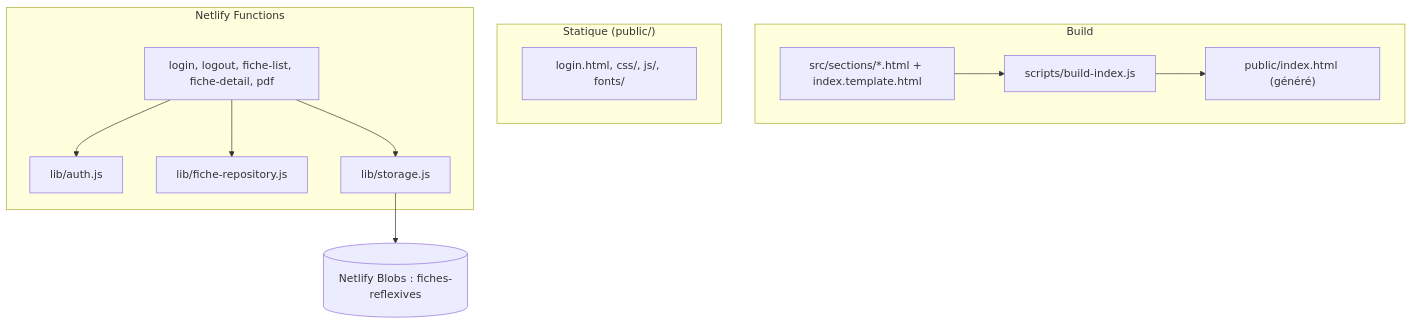
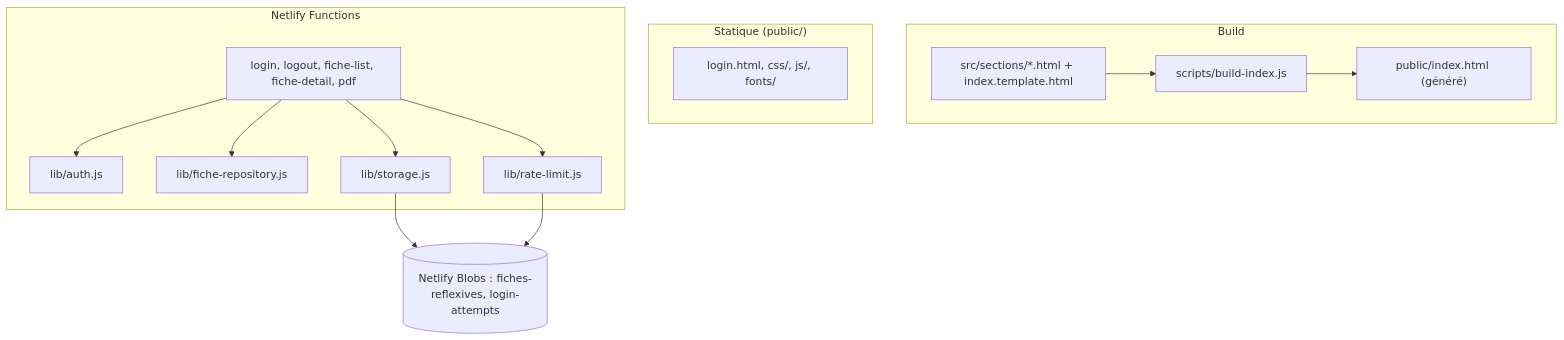
The first of 2 diagrams in docs/TRD.md (Korrighed/portfolio), drawn with Mermaid before and after one commit. The commit also changed other lines of this file and 15 other files, not shown here.

````diff
--- a/docs/TRD.md
+++ b/docs/TRD.md
@@ -24,22 +24,25 @@
 ```mermaid
 flowchart TD
   subgraph Build["Build"]
     S["src/sections/*.html + index.template.html"] --> B["scripts/build-index.js"]
     B --> I["public/index.html (généré)"]
   end
   subgraph Statique["Statique (public/)"]
     I
     L["login.html, css/, js/, fonts/"]
   end
   subgraph Fn["Netlify Functions"]
     H["login, logout, fiche-list, fiche-detail, pdf"]
     A["lib/auth.js"]
     R["lib/fiche-repository.js"]
     ST["lib/storage.js"]
+    RL["lib/rate-limit.js"]
   end
-  BL[("Netlify Blobs : fiches-reflexives")]
+  BL[("Netlify Blobs : fiches-reflexives, login-attempts")]
   H --> A
   H --> R
   H --> ST
+  H --> RL
   ST --> BL
+  RL --> BL
 ```
````
